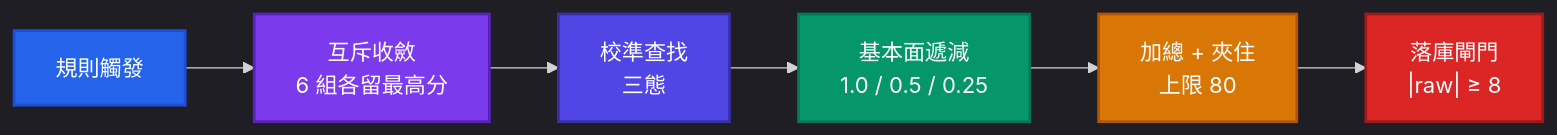
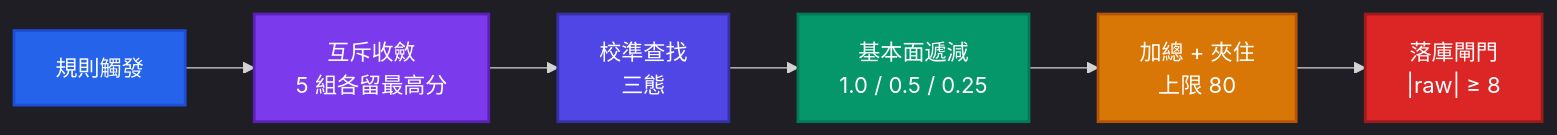
The second of 2 diagrams in docs/RULE_ENGINE.md (Neal75418/daredevil), drawn with Mermaid before and after one commit. The commit also changed other lines of this file and 26 other files, not shown here.

````diff
--- a/docs/RULE_ENGINE.md
+++ b/docs/RULE_ENGINE.md
@@ -258,23 +258,23 @@
 ```mermaid
 %%{init: {'theme': 'dark'}}%%
 flowchart LR
-    Fire["規則觸發"] --> Mutex["互斥收斂<br/>6 組各留最高分"]
+    Fire["規則觸發"] --> Mutex["互斥收斂<br/>5 組各留最高分"]
     Mutex --> Lookup["校準查找<br/>三態"]
     Lookup --> Decay["基本面遞減<br/>1.0 / 0.5 / 0.25"]
     Decay --> Sum["加總 + 夾住<br/>上限 80"]
     Sum --> Gate["落庫閘門<br/>|raw| ≥ 8"]
 
     classDef src fill:#2563EB,stroke:#1D4ED8,stroke-width:2px,color:#FFFFFF
     classDef filt fill:#7C3AED,stroke:#5B21B6,stroke-width:2px,color:#FFFFFF
     classDef eng fill:#4F46E5,stroke:#3730A3,stroke-width:2px,color:#FFFFFF
     classDef calc fill:#059669,stroke:#047857,stroke-width:2px,color:#FFFFFF
     classDef out fill:#D97706,stroke:#B45309,stroke-width:2px,color:#FFFFFF
     classDef gate fill:#DC2626,stroke:#991B1B,stroke-width:2px,color:#FFFFFF
 
     class Fire src
     class Mutex filt
     class Lookup eng
     class Decay calc
     class Sum out
     class Gate gate
 ```
````
